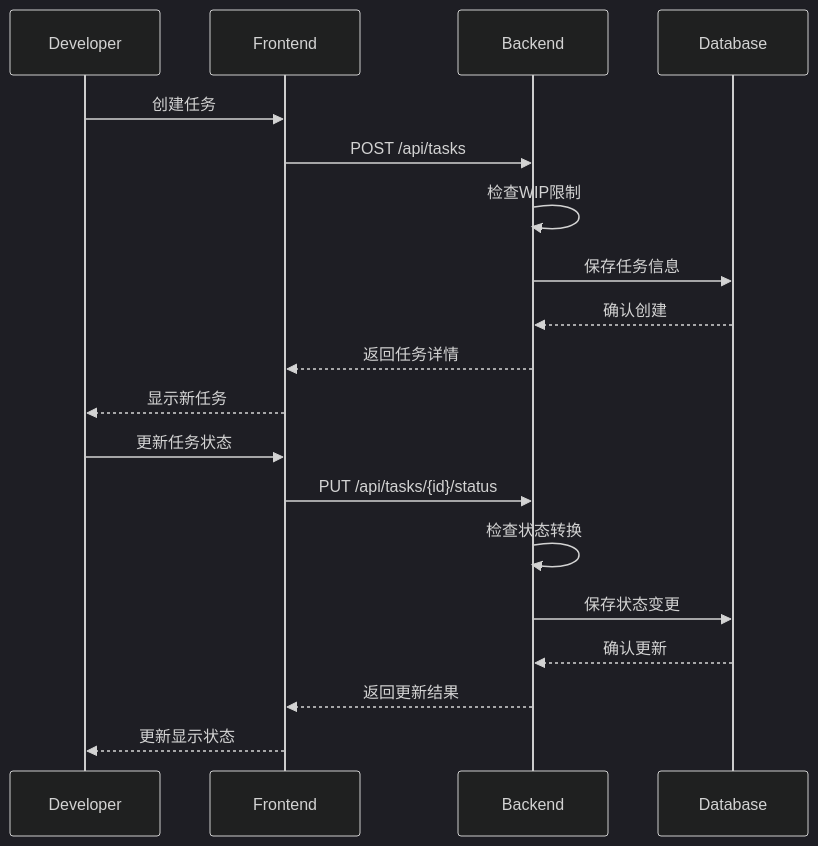
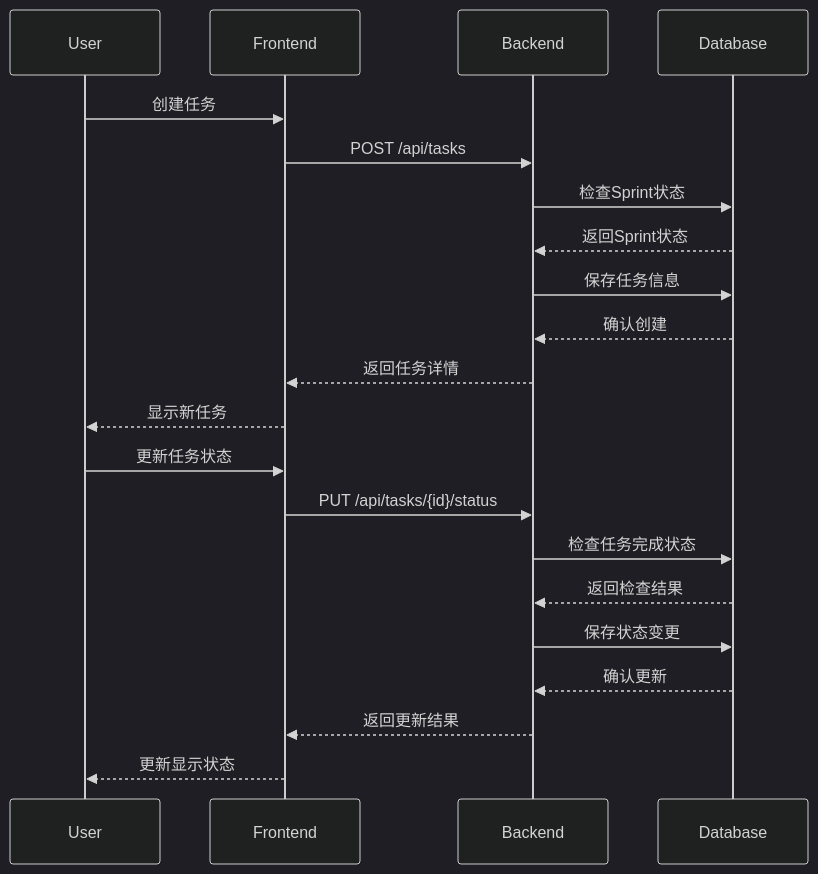
One commit to yorkdick/gira changed the fourth of 4 diagrams in doc/design/basic-design/functional.md. Above: the diagram before and after it, drawn with Mermaid (dark theme). The commit also changed other lines of this file and 44 other files, not shown here.

````diff
--- a/doc/design/basic-design/functional.md
+++ b/doc/design/basic-design/functional.md
@@ -101,23 +133,25 @@
 ```mermaid
 sequenceDiagram
-    participant Developer
+    participant User
     participant Frontend
     participant Backend
     participant Database
     
-    Developer->>Frontend: 创建任务
+    User->>Frontend: 创建任务
     Frontend->>Backend: POST /api/tasks
-    Backend->>Backend: 检查WIP限制
+    Backend->>Database: 检查Sprint状态
+    Database-->>Backend: 返回Sprint状态
     Backend->>Database: 保存任务信息
     Database-->>Backend: 确认创建
     Backend-->>Frontend: 返回任务详情
-    Frontend-->>Developer: 显示新任务
+    Frontend-->>User: 显示新任务
     
-    Developer->>Frontend: 更新任务状态
+    User->>Frontend: 更新任务状态
     Frontend->>Backend: PUT /api/tasks/{id}/status
-    Backend->>Backend: 检查状态转换
+    Backend->>Database: 检查任务完成状态
+    Database-->>Backend: 返回检查结果
     Backend->>Database: 保存状态变更
     Database-->>Backend: 确认更新
     Backend-->>Frontend: 返回更新结果
-    Frontend-->>Developer: 更新显示状态
+    Frontend-->>User: 更新显示状态
 ```
````
